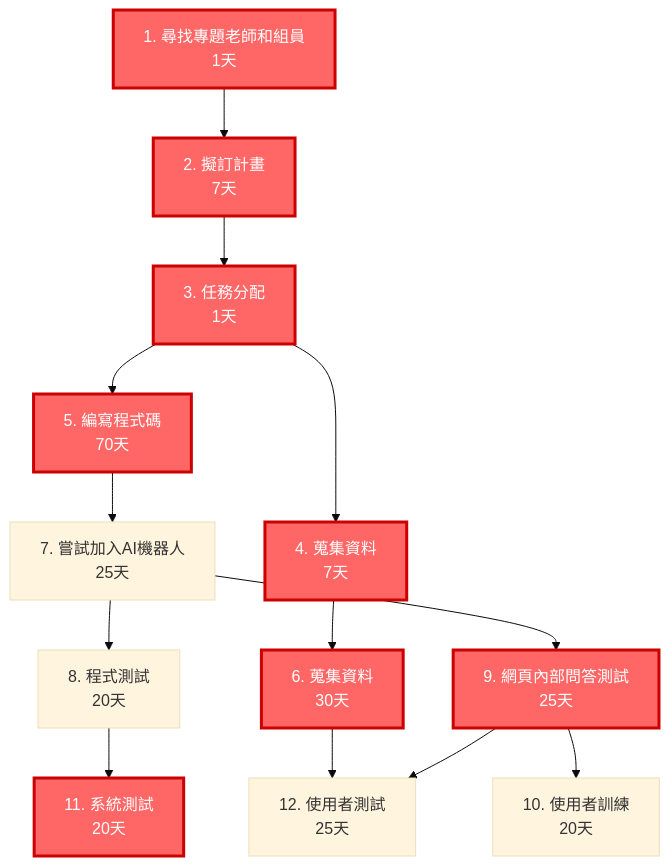
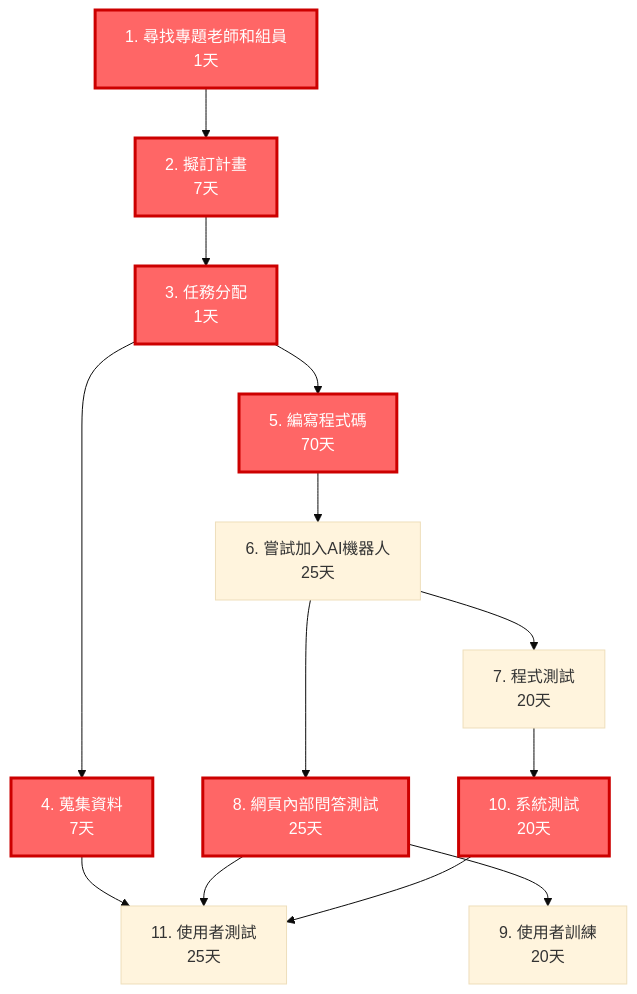
The first of 3 diagrams in hw2.md (c112118202-droid/-), drawn with Mermaid (base theme) before and after one commit.

````diff
--- a/hw2.md
+++ b/hw2.md
@@ -8,19 +8,19 @@
 ```mermaid
 graph TD
     A[1. 尋找專題老師和組員<br/>1天] --> B[2. 擬訂計畫<br/>7天]
     B --> C[3. 任務分配<br/>1天]
     C --> D[4. 蒐集資料<br/>7天]
     C --> E[5. 編寫程式碼<br/>70天]
-    D --> F[6. 蒐集資料<br/>30天]
-    E --> G[7. 嘗試加入AI機器人<br/>25天]
-    G --> H[8. 程式測試<br/>20天]
-    G --> I[9. 網頁內部問答測試<br/>25天]
-    I --> J[10. 使用者訓練<br/>20天]
-    H --> K[11. 系統測試<br/>20天]
-    I --> L[12. 使用者測試<br/>25天]
-    F --> L
+    D --> L
+    E --> G[6. 嘗試加入AI機器人<br/>25天]
+    G --> H[7. 程式測試<br/>20天]
+    G --> I[8. 網頁內部問答測試<br/>25天]
+    I --> J[9. 使用者訓練<br/>20天]
+    H --> K[10. 系統測試<br/>20天]
+    I --> L[11. 使用者測試<br/>25天]
+    K --> L
     
     class A,B,C,D,E,F,I,K critical
     classDef critical fill:#ff6666,stroke:#cc0000,stroke-width:3px,color:#ffffff;
     classDef normal fill:#f0f0f0,stroke:#333,stroke-width:2px,color:#000000;
 ```
````
